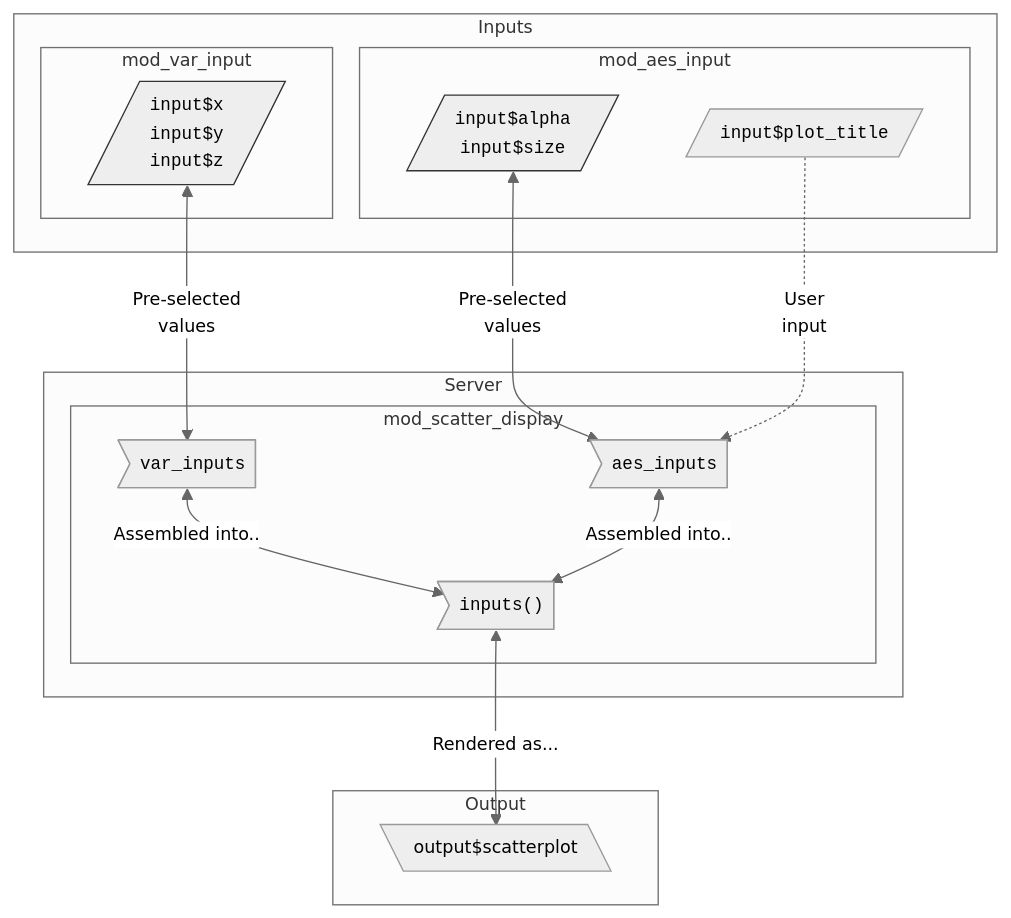
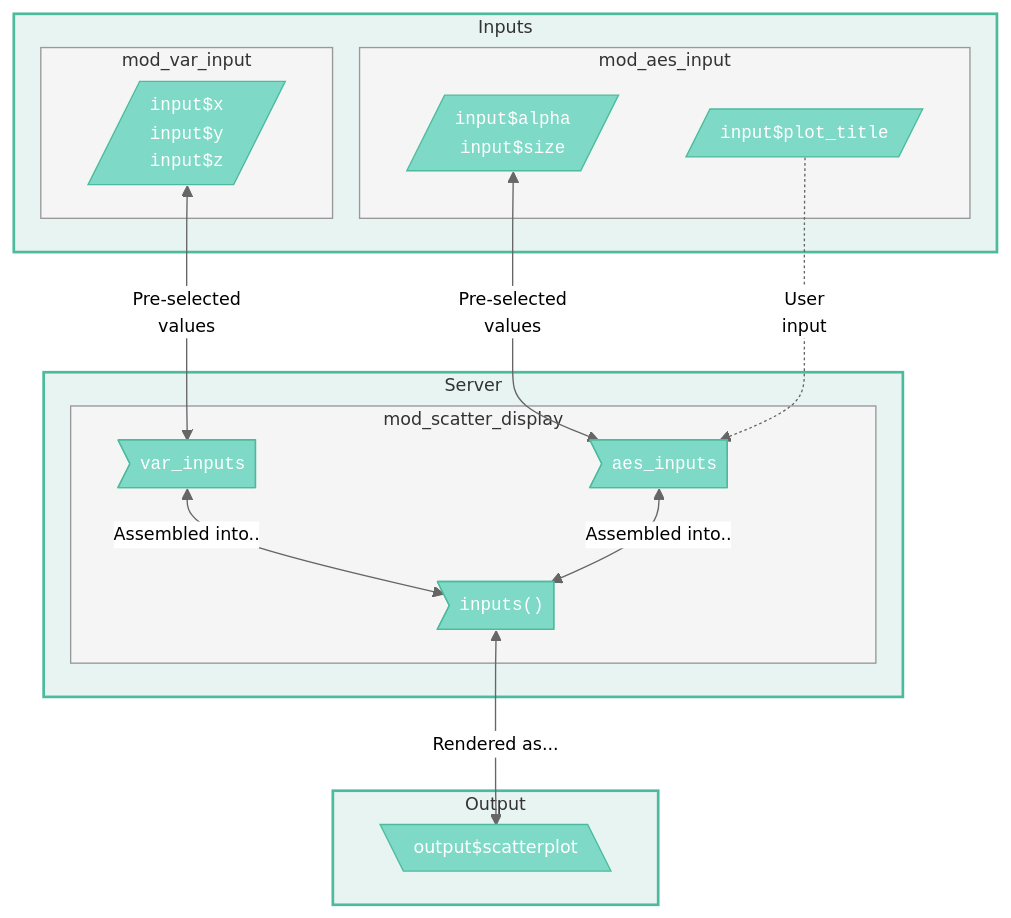
One commit to mjfrigaard/shiny-app-pkgs changed the first of 3 diagrams in test_modules.qmd. Above: the diagram before and after it, drawn with Mermaid. The commit also changed other lines of this file, not shown here.

Commit message:
Style all 3 mermaid diagrams in test_modules.qmd with teal palette
- Module communication UI to server flow
- Returned values architecture
- Collected values architecture

Applied consistent teal/light-teal/container styling across all modules.

````diff
--- a/test_modules.qmd
+++ b/test_modules.qmd
@@ -83,37 +83,48 @@
 ```{mermaid}
 %%| fig-cap: '*Module communication between UI and server*'
 %%| fig-align: center
 %%{init: {'theme': 'neutral', 'themeVariables': { 'fontFamily': 'monospace', "fontSize":"13px"}}}%%
 flowchart TD
     subgraph Inputs["Inputs"]
         subgraph Variables["mod_var_input"]
         var_input[/"<code>input$x</code><br><code>input$y</code><br><code>input$z</code>"/]
         end
         subgraph Aesthetics["mod_aes_input"]
         aes_input[/"<code>input$alpha</code><br><code>input$size</code>"/]
         plot_title[/"<code>input$plot_title</code>"/]
         end
         
     end
     subgraph React["Server"]
         subgraph Display["mod_scatter_display"]
         var_inputs>"<code>var_inputs</code> "]
         aes_inputs>"<code>aes_inputs</code> "]
         inputs>"<code>inputs()</code>"]
         end
     end
     subgraph Output["Output"]
         output[\"output$scatterplot"\]
     end
 
 
-    var_input <--> |"Pre-selected<br>values"|var_inputs 
-    aes_input <--> |"Pre-selected<br>values"|aes_inputs 
-    plot_title -.-> |"User<br>input"|aes_inputs 
+    var_input <--> |"Pre-selected<br>values"|var_inputs
+    aes_input <--> |"Pre-selected<br>values"|aes_inputs
+    plot_title -.-> |"User<br>input"|aes_inputs
     var_inputs & aes_inputs <--> |"Assembled into.."|inputs
     inputs <--> |"Rendered as..."|output
-    
-    style var_input stroke:#333,stroke-width:1px,rx:5,ry:5 
-    style aes_input stroke:#333,stroke-width:1px,rx:5,ry:5
-    
+
+    style Inputs fill:#e8f4f1,stroke:#4CBB9D,stroke-width:2px
+    style React fill:#e8f4f1,stroke:#4CBB9D,stroke-width:2px
+    style Output fill:#e8f4f1,stroke:#4CBB9D,stroke-width:2px
+    style Variables fill:#f5f5f5,stroke:#999,stroke-width:1px
+    style Aesthetics fill:#f5f5f5,stroke:#999,stroke-width:1px
+    style Display fill:#f5f5f5,stroke:#999,stroke-width:1px
+    style var_input fill:#7fd9c7,stroke:#4CBB9D,stroke-width:1px,color:#fff
+    style aes_input fill:#7fd9c7,stroke:#4CBB9D,stroke-width:1px,color:#fff
+    style plot_title fill:#7fd9c7,stroke:#4CBB9D,stroke-width:1px,color:#fff
+    style var_inputs fill:#7fd9c7,stroke:#4CBB9D,stroke-width:1px,color:#fff
+    style aes_inputs fill:#7fd9c7,stroke:#4CBB9D,stroke-width:1px,color:#fff
+    style inputs fill:#7fd9c7,stroke:#4CBB9D,stroke-width:1px,color:#fff
+    style output fill:#7fd9c7,stroke:#4CBB9D,stroke-width:1px,color:#fff
+
 ```
````
